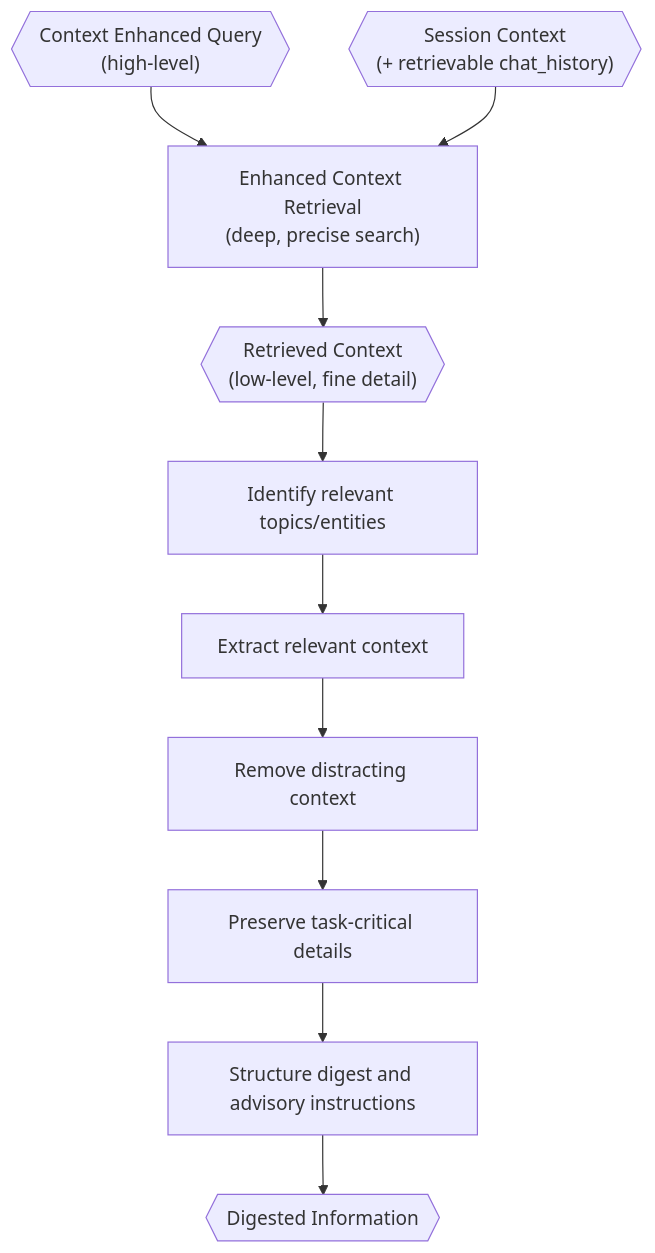
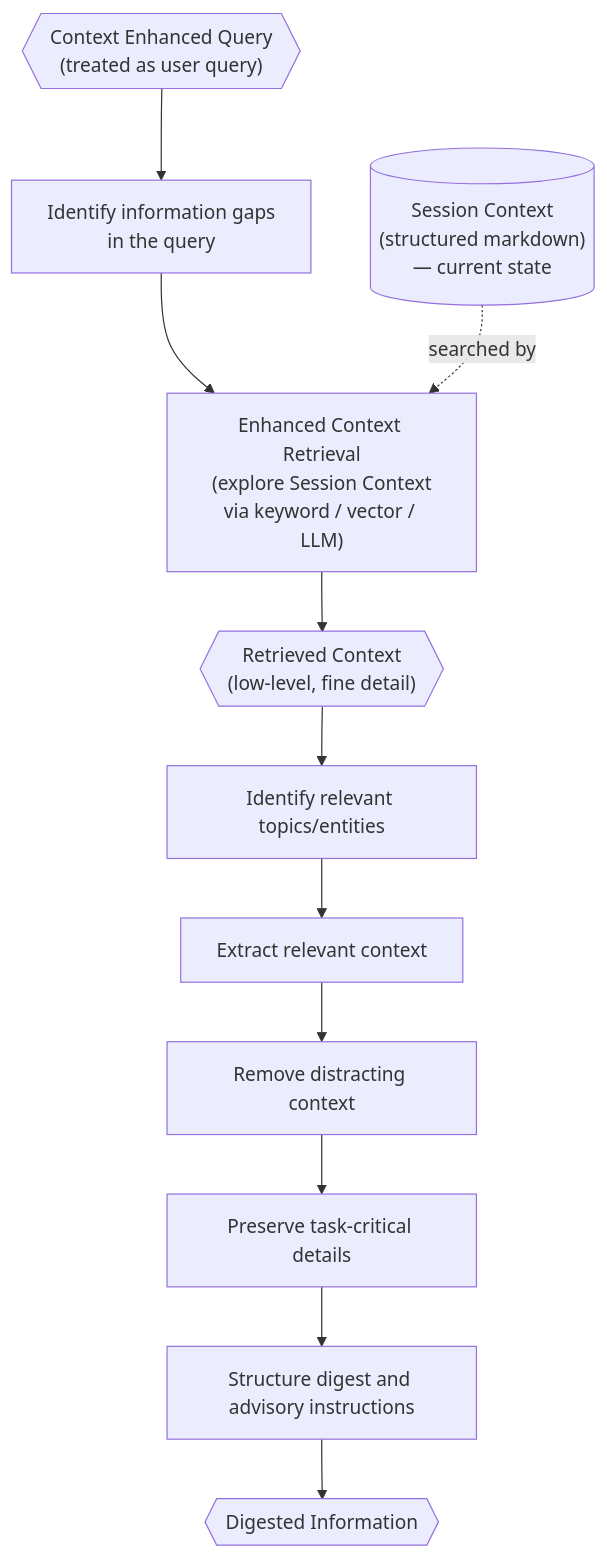
One commit to VJyzCELERY/TINYCUA changed the diagram in src/tinycua/docs/architecture/information-digestion.md. Above: the diagram before and after it, drawn with Mermaid. The commit also changed other lines of this file and 6 other files, not shown here.

First line of the commit message:
refactor(docs): separate Enhanced Context Retrieval from Compaction, frame as exploration tool

````diff
--- a/src/tinycua/docs/architecture/information-digestion.md
+++ b/src/tinycua/docs/architecture/information-digestion.md
@@ -43,23 +50,25 @@
 ```mermaid
 flowchart TD
-    CEQ{{"Context Enhanced Query\n(high-level)"}}
-    FSC{{"Session Context\n(+ retrievable chat_history)"}}
-    RETRIEVE["Enhanced Context Retrieval\n(deep, precise search)"]
+    CEQ{{"Context Enhanced Query\n(treated as user query)"}}
+    GAPS["Identify information gaps\nin the query"]
+    RETRIEVE["Enhanced Context Retrieval\n(explore Session Context\nvia keyword / vector / LLM)"]
+    SESSION_CTX[("Session Context\n(structured markdown)\n— current state")]
     RET_CTX{{"Retrieved Context\n(low-level, fine detail)"}}
     FOCUS["Identify relevant topics/entities"]
     EXTRACT["Extract relevant context"]
     FILTER["Remove distracting context"]
     PRESERVE["Preserve task-critical details"]
     STRUCTURE["Structure digest and advisory instructions"]
     DI{{"Digested Information"}}
 
-    CEQ --> RETRIEVE
-    FSC --> RETRIEVE
+    CEQ --> GAPS
+    GAPS --> RETRIEVE
+    SESSION_CTX -. "searched by" .-> RETRIEVE
     RETRIEVE --> RET_CTX
     RET_CTX --> FOCUS
     FOCUS --> EXTRACT
     EXTRACT --> FILTER
     FILTER --> PRESERVE
     PRESERVE --> STRUCTURE
     STRUCTURE --> DI
 ```
````
